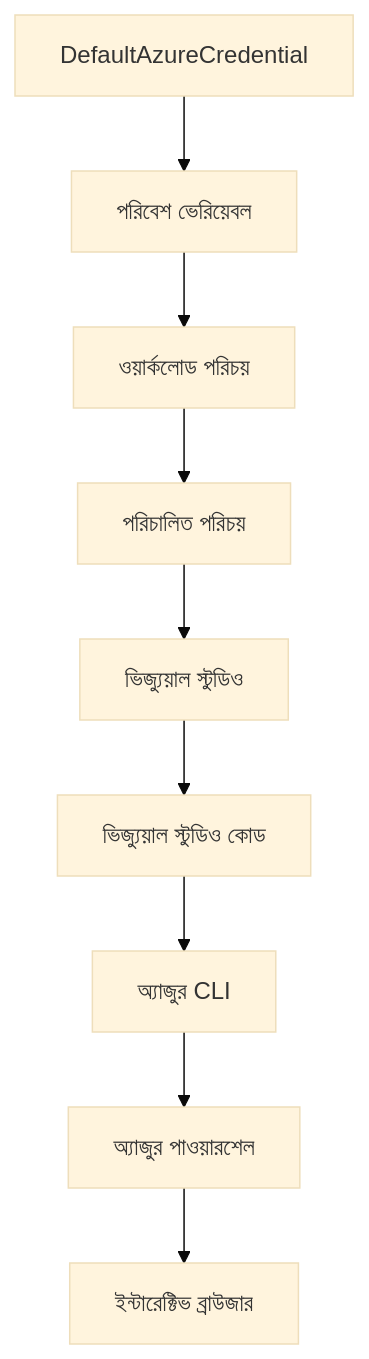
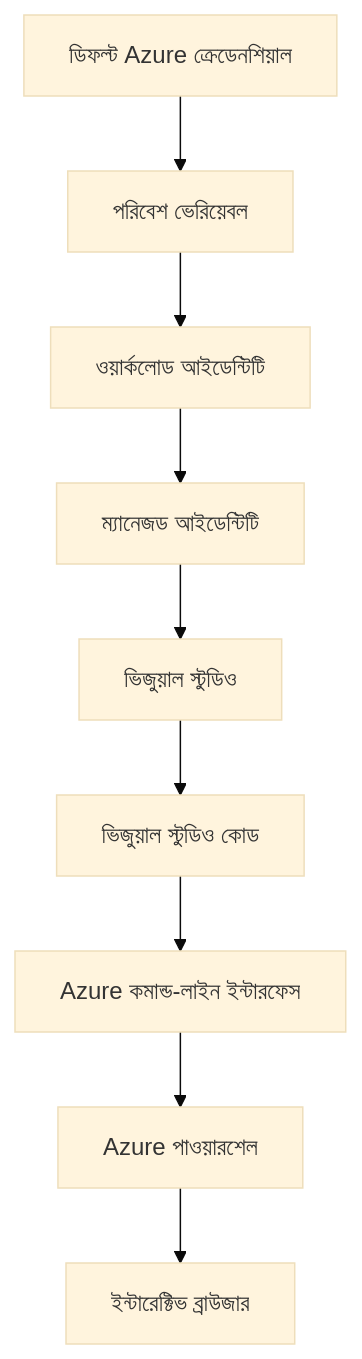
One commit to microsoft/AZD-for-beginners changed the second of 2 diagrams in translations/bn/docs/chapter-01-foundation/azd-basics.md. Above: the diagram before and after it, drawn with Mermaid (base theme). The commit also changed other lines of this file and 104 other files, not shown here.

````diff
--- a/translations/bn/docs/chapter-01-foundation/azd-basics.md
+++ b/translations/bn/docs/chapter-01-foundation/azd-basics.md
@@ -594,11 +607,11 @@
 ```mermaid
 graph TD
-    A[DefaultAzureCredential] --> B[পরিবেশ ভেরিয়েবল]
-    B --> C[ওয়ার্কলোড পরিচয়]
-    C --> D[পরিচালিত পরিচয়]
-    D --> E[ভিজ্যুয়াল স্টুডিও]
-    E --> F[ভিজ্যুয়াল স্টুডিও কোড]
-    F --> G[অ্যাজুর CLI]
-    G --> H[অ্যাজুর পাওয়ারশেল]
+    A[ডিফল্ট Azure ক্রেডেনশিয়াল] --> B[পরিবেশ ভেরিয়েবল]
+    B --> C[ওয়ার্কলোড আইডেন্টিটি]
+    C --> D[ম্যানেজড আইডেন্টিটি]
+    D --> E[ভিজুয়াল স্টুডিও]
+    E --> F[ভিজুয়াল স্টুডিও কোড]
+    F --> G[Azure কমান্ড-লাইন ইন্টারফেস]
+    G --> H[Azure পাওয়ারশেল]
     H --> I[ইন্টারেক্টিভ ব্রাউজার]
 ```
````
